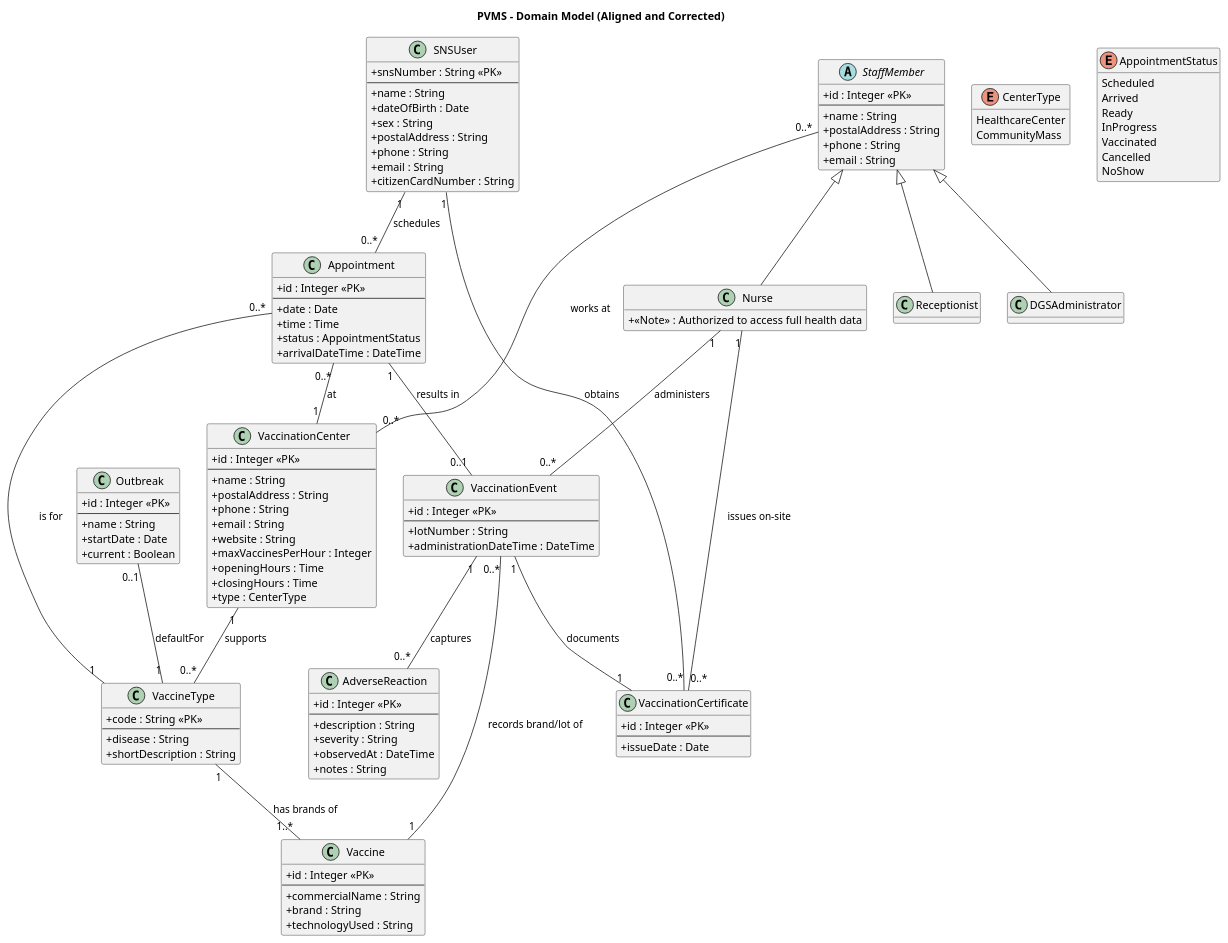
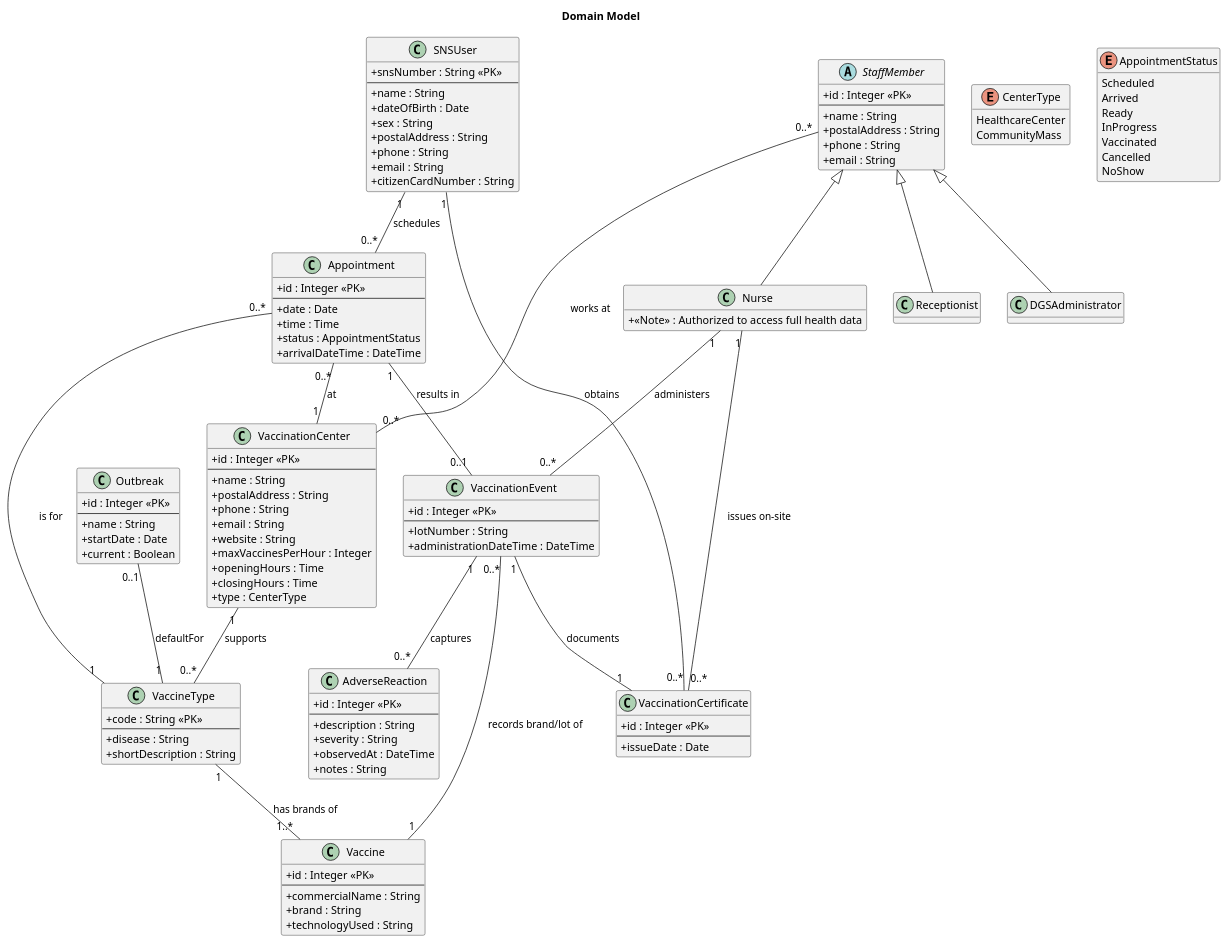
One commit to luluisfcm/leti-esoft-25-26-B5 changed the diagram in docs/Sprint 1/Global_Artifacts/puml/DM.puml. Above: the diagram before and after it, drawn with PlantUML.

Commit message:
update dm

```diff
--- a/docs/Sprint 1/Global_Artifacts/puml/DM.puml
+++ b/docs/Sprint 1/Global_Artifacts/puml/DM.puml
@@ -1,145 +1,145 @@
 @startuml
-title PVMS – Domain Model (Aligned and Corrected)
+title Domain Model
 
 hide methods
 skinparam classAttributeIconSize 0
 
 ' ===================== SNS Users =====================
 class SNSUser {
   + snsNumber : String <<PK>>
   --
   + name : String
   + dateOfBirth : Date
   + sex : String
   + postalAddress : String
   + phone : String
   + email : String
   + citizenCardNumber : String
 }
 
 ' ===================== Staff =====================
 abstract StaffMember {
   + id : Integer <<PK>>
   --
   + name : String
   + postalAddress : String
   + phone : String
   + email : String
 }
 
 class Receptionist extends StaffMember
 class Nurse extends StaffMember {
   + <<Note>> : Authorized to access full health data
 }
 class DGSAdministrator extends StaffMember
 
 ' ===================== Centers =====================
 enum CenterType {
   HealthcareCenter
   CommunityMass
 }
 
 class VaccinationCenter {
   + id : Integer <<PK>>
   --
   + name : String
   + postalAddress : String
   + phone : String
   + email : String
   + website : String
   + maxVaccinesPerHour : Integer
   + openingHours : Time
   + closingHours : Time
   + type : CenterType
 }
 
 ' Which vaccine types a center can administer
 VaccinationCenter "1" -- "0..*" VaccineType : supports
 
 ' ===================== Vaccines =====================
 class VaccineType {
   + code : String <<PK>>
   --
   + disease : String
   + shortDescription : String
 }
 
 class Vaccine {
   + id : Integer <<PK>>
   --
   + commercialName : String
   + brand : String
   + technologyUsed : String
 }
 
 VaccineType "1" -- "1..*" Vaccine : has brands of
 
 ' ===================== Appointments & Events =====================
 enum AppointmentStatus {
   Scheduled
   Arrived
   Ready
   InProgress
   Vaccinated
   Cancelled
   NoShow
 }
 
 class Appointment {
   + id : Integer <<PK>>
   --
   + date : Date
   + time : Time
   + status : AppointmentStatus
   + arrivalDateTime : DateTime
 }
 
 class VaccinationEvent {
   + id : Integer <<PK>>
   --
   + lotNumber : String
   + administrationDateTime : DateTime
 }
 
 class AdverseReaction {
   + id : Integer <<PK>>
   --
   + description : String
   + severity : String
   + observedAt : DateTime
   + notes : String
 }
 
 class VaccinationCertificate {
   + id : Integer <<PK>>
   --
   + issueDate : Date
 }
 
 ' ===================== Outbreak / Defaults =====================
 class Outbreak {
   + id : Integer <<PK>>
   --
   + name : String
   + startDate : Date
   + current : Boolean
 }
 
 ' ===================== Associations =====================
 SNSUser "1" -- "0..*" Appointment : schedules
 Appointment "0..*" -- "1" VaccinationCenter : at
 Appointment "0..*" -- "1" VaccineType : is for
 
 Appointment "1" -- "0..1" VaccinationEvent : results in
 VaccinationEvent "0..*" -- "1" Vaccine : records brand/lot of
 VaccinationEvent "1" -- "0..*" AdverseReaction : captures
 
 SNSUser "1" -- "0..*" VaccinationCertificate : obtains
 VaccinationEvent "1" -- "1" VaccinationCertificate : documents
 Nurse "1" -- "0..*" VaccinationEvent : administers
 Nurse "1" -- "0..*" VaccinationCertificate : issues on-site
 
 StaffMember "0..*" -- "0..*" VaccinationCenter : works at
 
 Outbreak "0..1" -- "1" VaccineType : defaultFor
 @enduml
```
